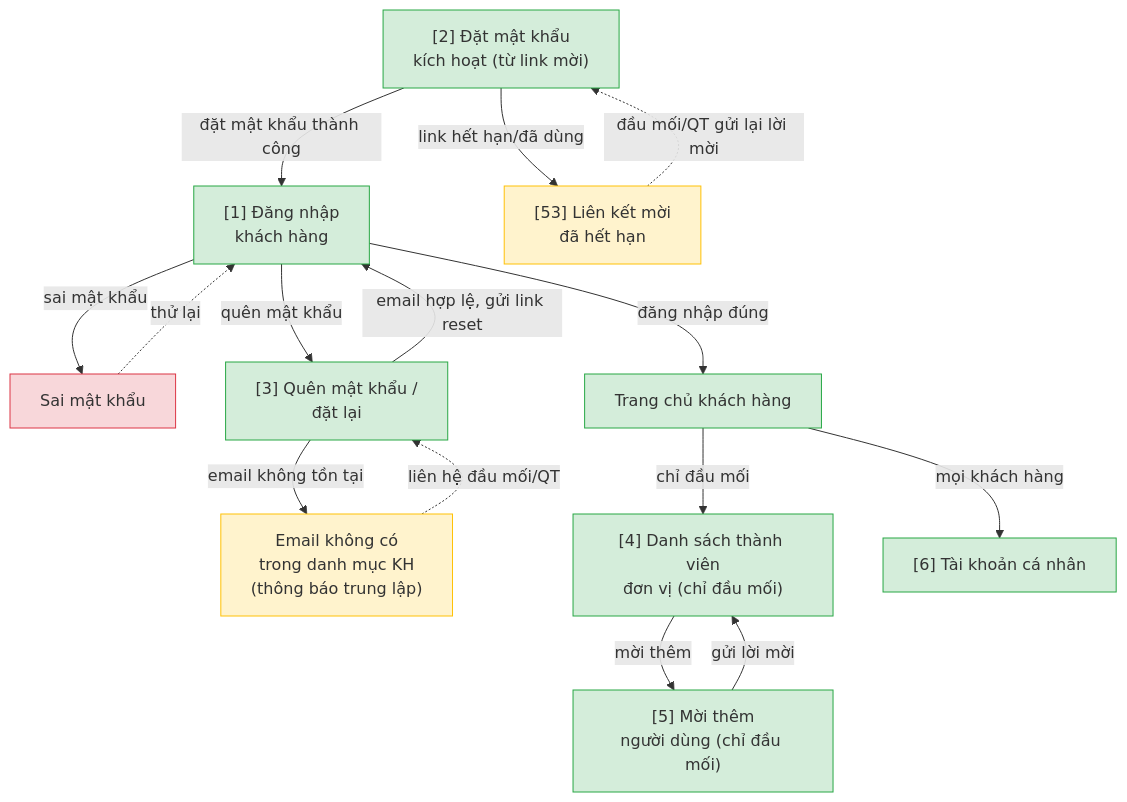
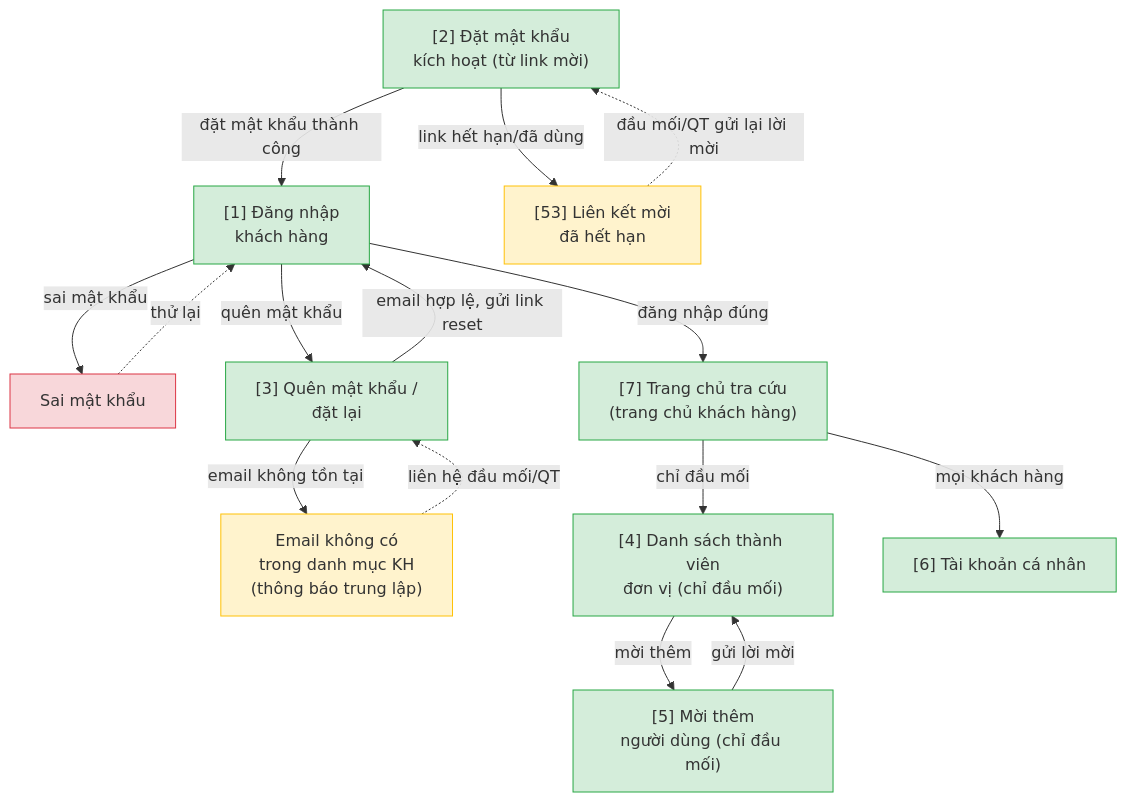
The first of 11 diagrams in docs/ho-tro-cskh/srs/ho-tro-cskh-userflow.md (mynguyencnttpx-alt/workspace-vnpt-ioffice), drawn with Mermaid before and after one commit. The commit also changed other lines of this file and 10 other files, not shown here.

````diff
--- a/docs/ho-tro-cskh/srs/ho-tro-cskh-userflow.md
+++ b/docs/ho-tro-cskh/srs/ho-tro-cskh-userflow.md
@@ -23,36 +23,36 @@
 ```mermaid
 flowchart TD
     f1n1["[1] Đăng nhập<br/>khách hàng"]
     f1n2["[2] Đặt mật khẩu<br/>kích hoạt (từ link mời)"]
     f1err1["Sai mật khẩu"]
     f1n7["[53] Liên kết mời<br/>đã hết hạn"]
     f1n3["[3] Quên mật khẩu /<br/>đặt lại"]
     f1edge1["Email không có<br/>trong danh mục KH<br/>(thông báo trung lập)"]
-    f1home["Trang chủ khách hàng"]
+    f1home["[7] Trang chủ tra cứu<br/>(trang chủ khách hàng)"]
     f1n4["[4] Danh sách thành viên<br/>đơn vị (chỉ đầu mối)"]
     f1n5["[5] Mời thêm<br/>người dùng (chỉ đầu mối)"]
     f1n6["[6] Tài khoản cá nhân"]
 
     f1n2 -->|"đặt mật khẩu thành công"| f1n1
     f1n2 -->|"link hết hạn/đã dùng"| f1n7
     f1n7 -.->|"đầu mối/QT gửi lại lời mời"| f1n2
     f1n1 -->|"đăng nhập đúng"| f1home
     f1n1 -->|"sai mật khẩu"| f1err1
     f1err1 -.->|"thử lại"| f1n1
     f1n1 -->|"quên mật khẩu"| f1n3
     f1n3 -->|"email hợp lệ, gửi link reset"| f1n1
     f1n3 -->|"email không tồn tại"| f1edge1
     f1edge1 -.->|"liên hệ đầu mối/QT"| f1n3
     f1home -->|"chỉ đầu mối"| f1n4
     f1n4 -->|"mời thêm"| f1n5
     f1n5 -->|"gửi lời mời"| f1n4
     f1home -->|"mọi khách hàng"| f1n6
 
     classDef happy fill:#d4edda,stroke:#28a745
     classDef error fill:#f8d7da,stroke:#dc3545
     classDef edge fill:#fff3cd,stroke:#ffc107
 
     class f1n1,f1n2,f1n3,f1home,f1n4,f1n5,f1n6 happy
     class f1err1 error
     class f1n7,f1edge1 edge
 ```
````
